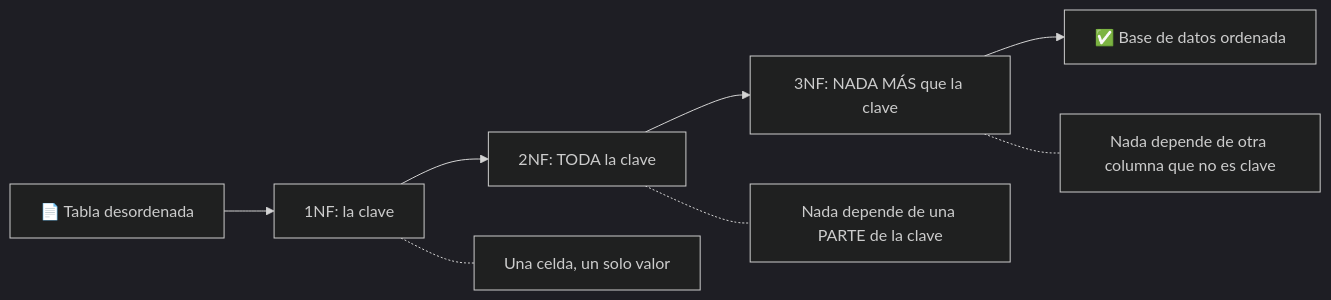
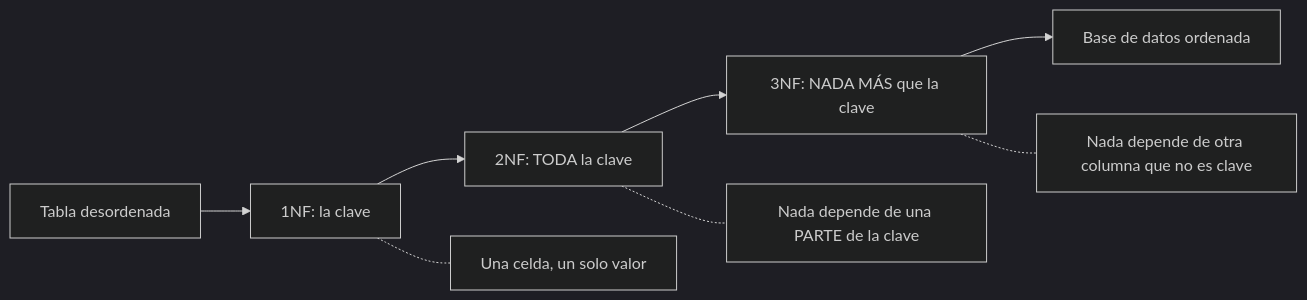
One commit to leanaraque/data_analytics_2026 changed the eighth of 18 diagrams in documentacion/Semana-02-Esquemas-Conceptos.md. Above: the diagram before and after it, drawn with Mermaid (dark theme). The commit also changed other lines of this file and 109 other files, not shown here.

````diff
--- a/documentacion/Semana-02-Esquemas-Conceptos.md
+++ b/documentacion/Semana-02-Esquemas-Conceptos.md
@@ -157,11 +157,11 @@
 ```mermaid
 flowchart LR
-    X["📄 Tabla desordenada"] --> F1["1NF: la clave"]
+    X["Tabla desordenada"] --> F1["1NF: la clave"]
     F1 --> F2["2NF: TODA la clave"]
     F2 --> F3["3NF: NADA MÁS que la clave"]
-    F3 --> OK["✅ Base de datos ordenada"]
+    F3 --> OK["Base de datos ordenada"]
 
     F1 -.- F1a["Una celda, un solo valor"]
     F2 -.- F2a["Nada depende de una PARTE de la clave"]
     F3 -.- F3a["Nada depende de otra columna que no es clave"]
 ```
````
